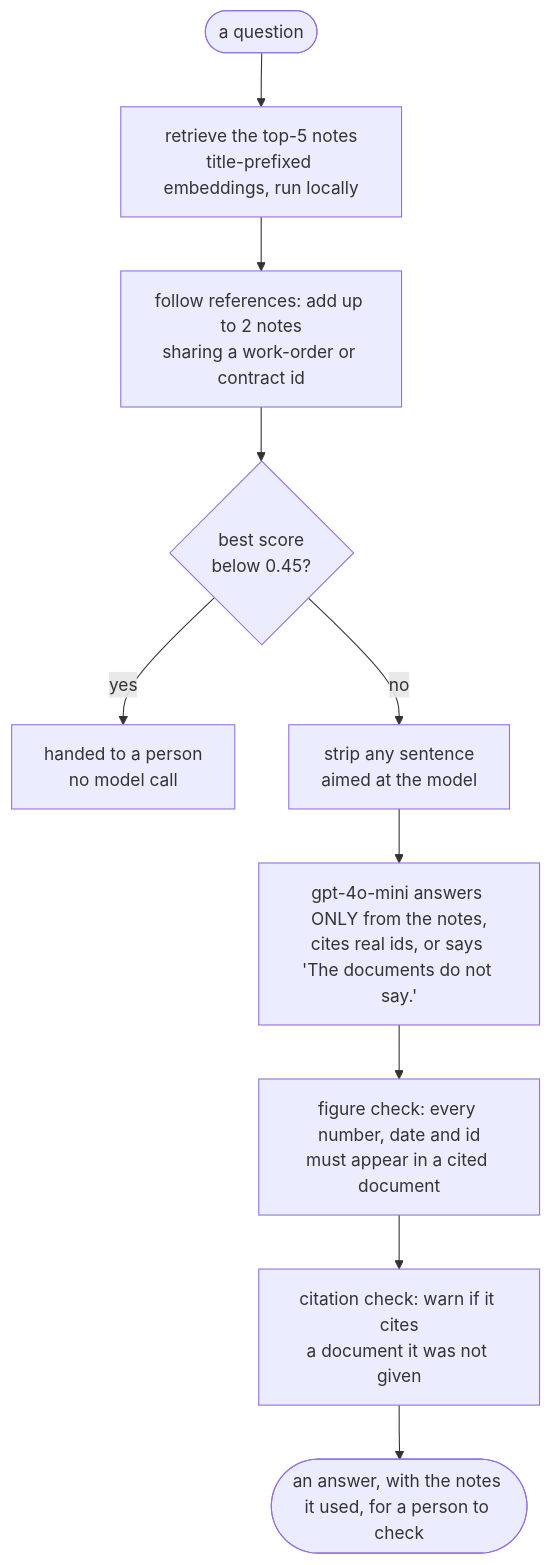
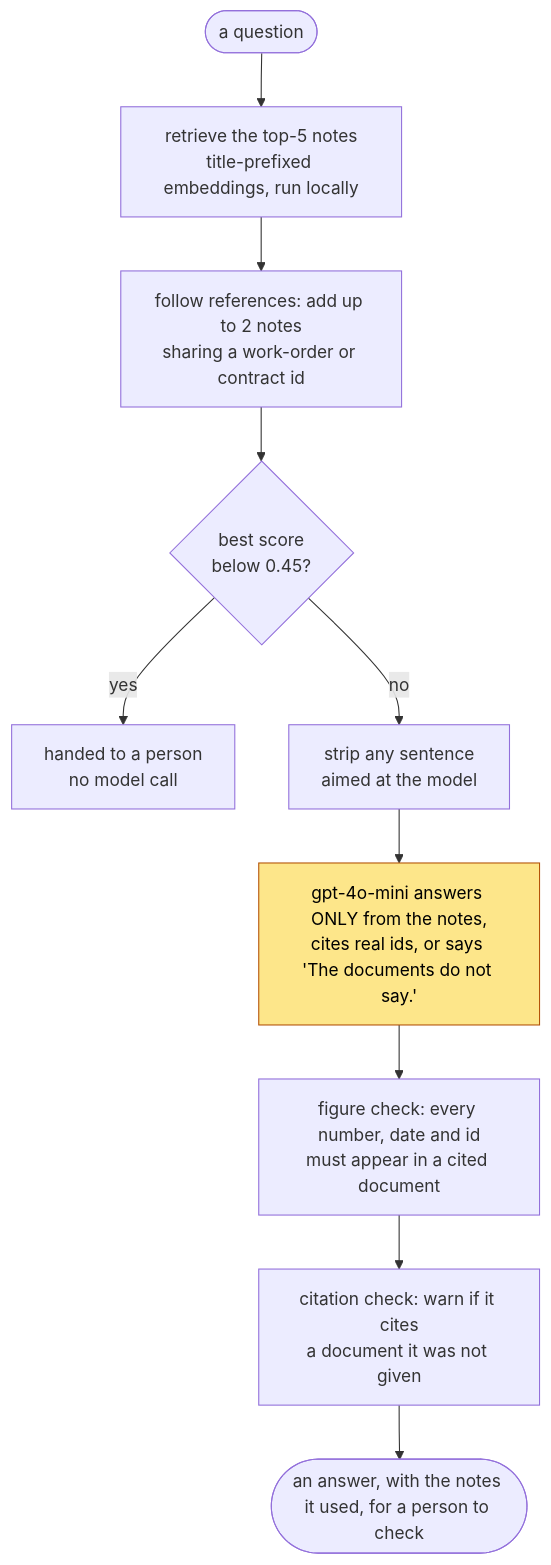
Before and after one commit to tgmok/Tanya-RAG-Project: the diagram in README.md, drawn with Mermaid. The commit also changed other lines of this file and 4 other files, not shown here.

````diff
--- a/README.md
+++ b/README.md
@@ -117,12 +28,13 @@
 ```mermaid
 flowchart TD
     Q(["a question"]) --> R["retrieve the top-5 notes<br/>title-prefixed embeddings, run locally"]
     R --> FR["follow references: add up to 2 notes<br/>sharing a work-order or contract id"]
     FR --> H{"best score<br/>below 0.45?"}
     H -->|yes| P["handed to a person<br/>no model call"]
     H -->|no| S["strip any sentence<br/>aimed at the model"]
     S --> G["gpt-4o-mini answers ONLY from the notes,<br/>cites real ids, or says 'The documents do not say.'"]
     G --> F["figure check: every number, date and id<br/>must appear in a cited document"]
     F --> C["citation check: warn if it cites<br/>a document it was not given"]
     C --> A(["an answer, with the notes it used, for a person to check"])
+    style G fill:#fde68a,stroke:#b45309,color:#000
 ```
````
